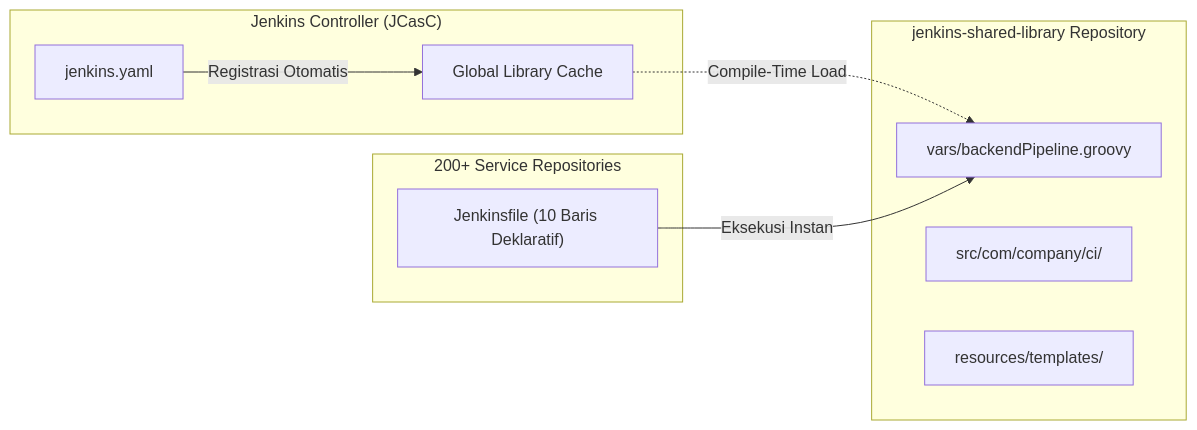
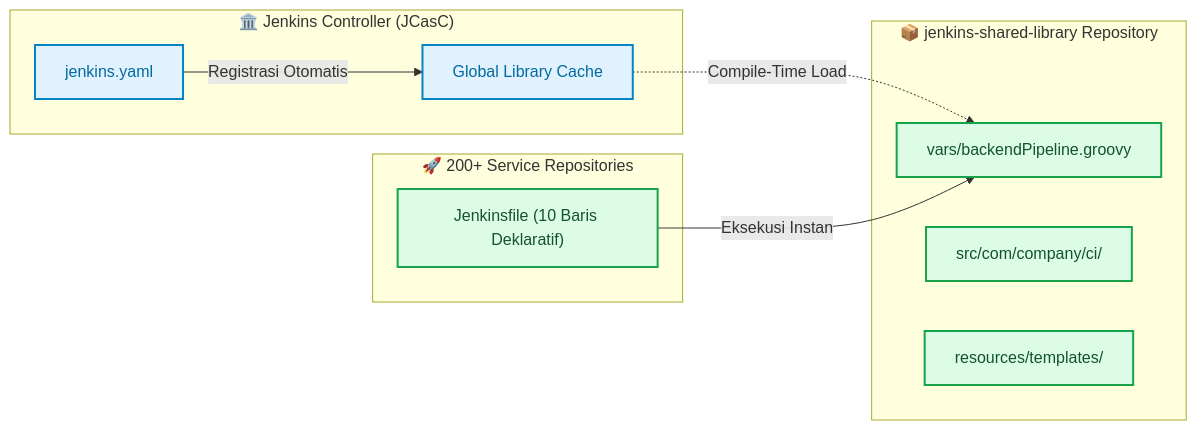
One commit to abdul-zailani/abdul-zailani.github.io changed the second of 2 diagrams in _posts/2026-08-29-arsitektur-jenkins-shared-library-mengapa-groovy-load-adalah-anti-pattern.md. Above: the diagram before and after it, drawn with Mermaid. The commit also changed other lines of this file and 12 other files, not shown here.

Commit message:
feat(diagrams): upgrade to mermaid v11 hand-drawn excalidraw style with macos window cards

````diff
--- a/_posts/2026-08-29-arsitektur-jenkins-shared-library-mengapa-groovy-load-adalah-anti-pattern.md
+++ b/_posts/2026-08-29-arsitektur-jenkins-shared-library-mengapa-groovy-load-adalah-anti-pattern.md
@@ -168,19 +176,25 @@
 ```mermaid
 graph LR
-    subgraph Master["Jenkins Controller (JCasC)"]
+    subgraph Master["🏛️ Jenkins Controller (JCasC)"]
         JCasC[jenkins.yaml] -->|Registrasi Otomatis| LibCache[Global Library Cache]
     end
 
-    subgraph SharedLib["jenkins-shared-library Repository"]
+    subgraph SharedLib["📦 jenkins-shared-library Repository"]
         Vars["vars/backendPipeline.groovy"]
         Src["src/com/company/ci/"]
         Res["resources/templates/"]
     end
 
-    subgraph ServiceRepos["200+ Service Repositories"]
+    subgraph ServiceRepos["🚀 200+ Service Repositories"]
         Jenkinsfile["Jenkinsfile (10 Baris Deklaratif)"]
     end
 
     LibCache -.->|Compile-Time Load| Vars
     Jenkinsfile -->|Eksekusi Instan| Vars
+
+    classDef primary fill:#E0F2FE,stroke:#0284C7,stroke-width:2px,color:#0369A1;
+    classDef success fill:#DCFCE7,stroke:#16A34A,stroke-width:2px,color:#14532D;
+
+    class JCasC,LibCache primary;
+    class Vars,Src,Res,Jenkinsfile success;
 ```
````
